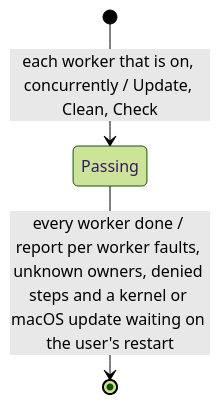
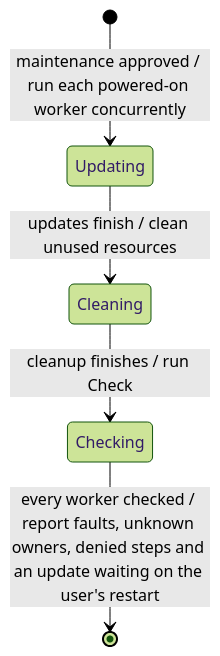
Before and after one commit to MP281X/deslop: the first of 5 diagrams in .claude/skills/environment/references/maintenance.md, drawn with Mermaid (forest theme). The commit also changed other lines of this file and 37 other files, not shown here.

````diff
--- a/.claude/skills/environment/references/maintenance.md
+++ b/.claude/skills/environment/references/maintenance.md
@@ -5,5 +5,7 @@
 ```mermaid
 stateDiagram-v2
-    [*] --> Passing : each worker that is on, concurrently / Update, Clean, Check
-    Passing --> [*] : every worker done / report per worker faults, unknown owners, denied steps and a kernel or macOS update waiting on the user's restart
+    [*] --> Updating : maintenance approved / run each powered-on worker concurrently
+    Updating --> Cleaning : updates finish / clean unused resources
+    Cleaning --> Checking : cleanup finishes / run Check
+    Checking --> [*] : every worker checked / report faults, unknown owners, denied steps and an update waiting on the user's restart
 ```
````
